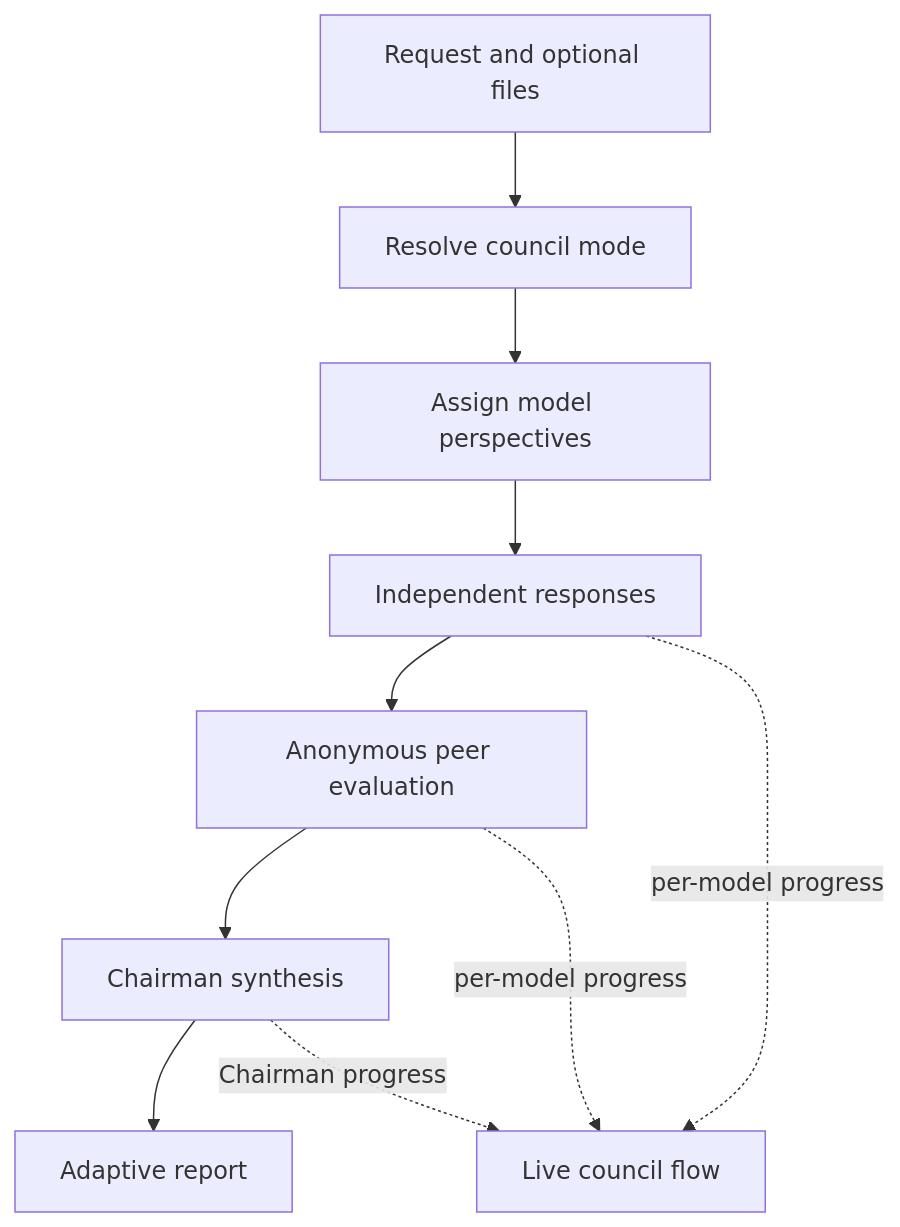
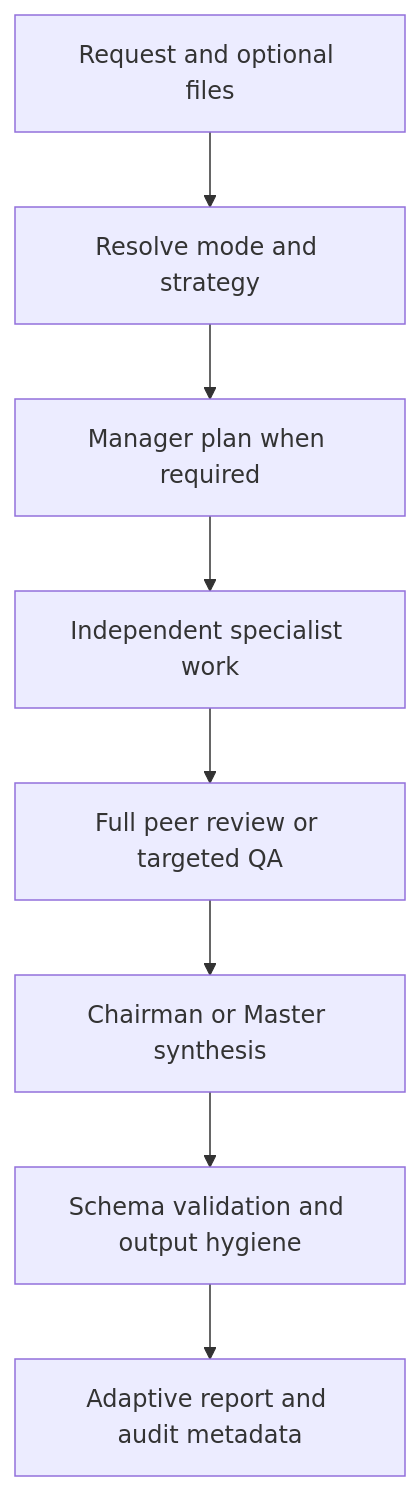
Before and after one commit to mltakeover/LLM_council: the first of 2 diagrams in README.md, drawn with Mermaid. The commit also changed other lines of this file and 32 other files, not shown here.

Commit message:
Add managed workforce and output hygiene (#26)

````diff
--- a/README.md
+++ b/README.md
@@ -63,13 +101,10 @@
 ```mermaid
 flowchart TD
-    Q[Request and optional files] --> M[Resolve council mode]
-    M --> R[Assign model perspectives]
-    R --> S1[Independent responses]
-    S1 --> S2[Anonymous peer evaluation]
-    S2 --> S3[Chairman synthesis]
-    S3 --> O[Adaptive report]
-
-    S1 -. per-model progress .-> UI[Live council flow]
-    S2 -. per-model progress .-> UI
-    S3 -. Chairman progress .-> UI
+    Q[Request and optional files] --> R[Resolve mode and strategy]
+    R --> M[Manager plan when required]
+    M --> W[Independent specialist work]
+    W --> QA[Full peer review or targeted QA]
+    QA --> S[Chairman or Master synthesis]
+    S --> H[Schema validation and output hygiene]
+    H --> O[Adaptive report and audit metadata]
 ```
````
